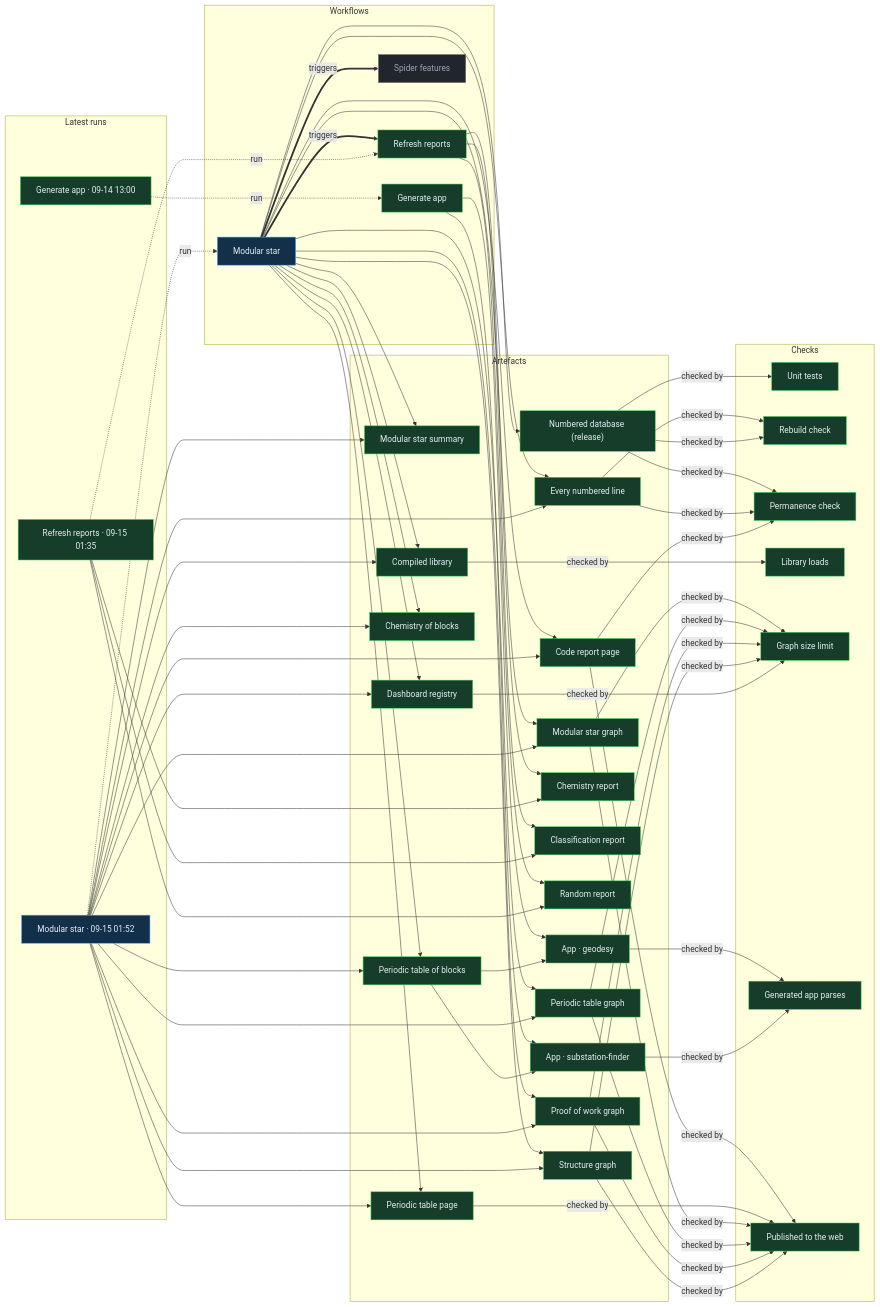
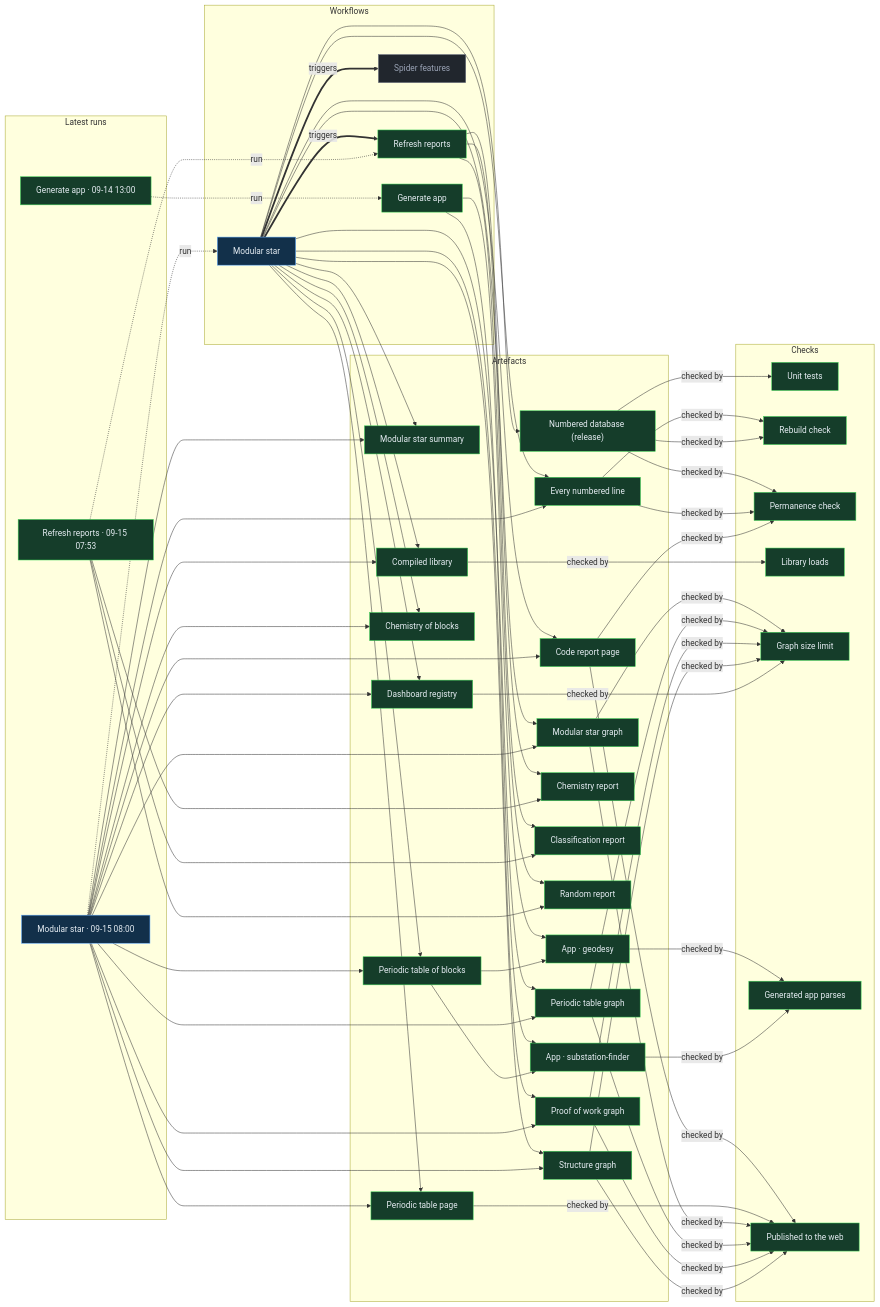
Before and after one commit to Ventusltd/stars: the diagram in proof/PROOF.md, drawn with Mermaid. The commit also changed other lines of this file and 101 other files, not shown here.

Commit message:
Modular star 2026-09-15T08:03Z

```diff
--- a/proof/PROOF.md
+++ b/proof/PROOF.md
@@ -24,8 +24,8 @@
   n_wf_spider_features["Spider features"]:::off
   end
   subgraph g_runs["Latest runs"]
-  n_run_34918989762["Modular star · 09-15 01:52"]:::live
-  n_run_34917891446["Refresh reports · 09-15 01:35"]:::ok
+  n_run_34944647534["Modular star · 09-15 08:00"]:::live
+  n_run_34944057689["Refresh reports · 09-15 07:53"]:::ok
   n_run_34846587798["Generate app · 09-14 13:00"]:::ok
   end
   subgraph g_artefacts["Artefacts"]
@@ -59,39 +59,39 @@
   end
   n_wf_modular_star == triggers ==> n_wf_refresh
   n_wf_modular_star == triggers ==> n_wf_spider_features
-  n_run_34918989762 -. run .-> n_wf_modular_star
-  n_run_34917891446 -. run .-> n_wf_refresh
+  n_run_34944647534 -. run .-> n_wf_modular_star
+  n_run_34944057689 -. run .-> n_wf_refresh
   n_run_34846587798 -. run .-> n_wf_generate
   n_wf_modular_star --> n_art_summary
-  n_run_34918989762 --> n_art_summary
+  n_run_34944647534 --> n_art_summary
   n_wf_modular_star --> n_art_lines
-  n_run_34918989762 --> n_art_lines
+  n_run_34944647534 --> n_art_lines
   n_wf_modular_star --> n_art_code
-  n_run_34918989762 --> n_art_code
+  n_run_34944647534 --> n_art_code
   n_wf_modular_star --> n_art_modular_graph
-  n_run_34918989762 --> n_art_modular_graph
+  n_run_34944647534 --> n_art_modular_graph
   n_wf_modular_star --> n_art_blocks
-  n_run_34918989762 --> n_art_blocks
+  n_run_34944647534 --> n_art_blocks
   n_wf_modular_star --> n_art_table
-  n_run_34918989762 --> n_art_table
+  n_run_34944647534 --> n_art_table
   n_wf_modular_star --> n_art_blocks_graph
-  n_run_34918989762 --> n_art_blocks_graph
+  n_run_34944647534 --> n_art_blocks_graph
   n_wf_modular_star --> n_art_reactions
-  n_run_34918989762 --> n_art_reactions
+  n_run_34944647534 --> n_art_reactions
   n_wf_modular_star --> n_art_library
-  n_run_34918989762 --> n_art_library
+  n_run_34944647534 --> n_art_library
   n_wf_modular_star --> n_art_features
-  n_run_34918989762 --> n_art_features
+  n_run_34944647534 --> n_art_features
   n_wf_modular_star --> n_art_proof
-  n_run_34918989762 --> n_art_proof
+  n_run_34944647534 --> n_art_proof
   n_wf_modular_star --> n_art_structure
-  n_run_34918989762 --> n_art_structure
+  n_run_34944647534 --> n_art_structure
   n_wf_refresh --> n_art_chemistry
-  n_run_34917891446 --> n_art_chemistry
+  n_run_34944057689 --> n_art_chemistry
   n_wf_refresh --> n_art_vedic
-  n_run_34917891446 --> n_art_vedic
+  n_run_34944057689 --> n_art_vedic
   n_wf_refresh --> n_art_random
-  n_run_34917891446 --> n_art_random
+  n_run_34944057689 --> n_art_random
   n_wf_modular_star --> n_art_release
   n_wf_generate --> n_app_geodesy
   n_art_blocks --> n_app_geodesy
```
